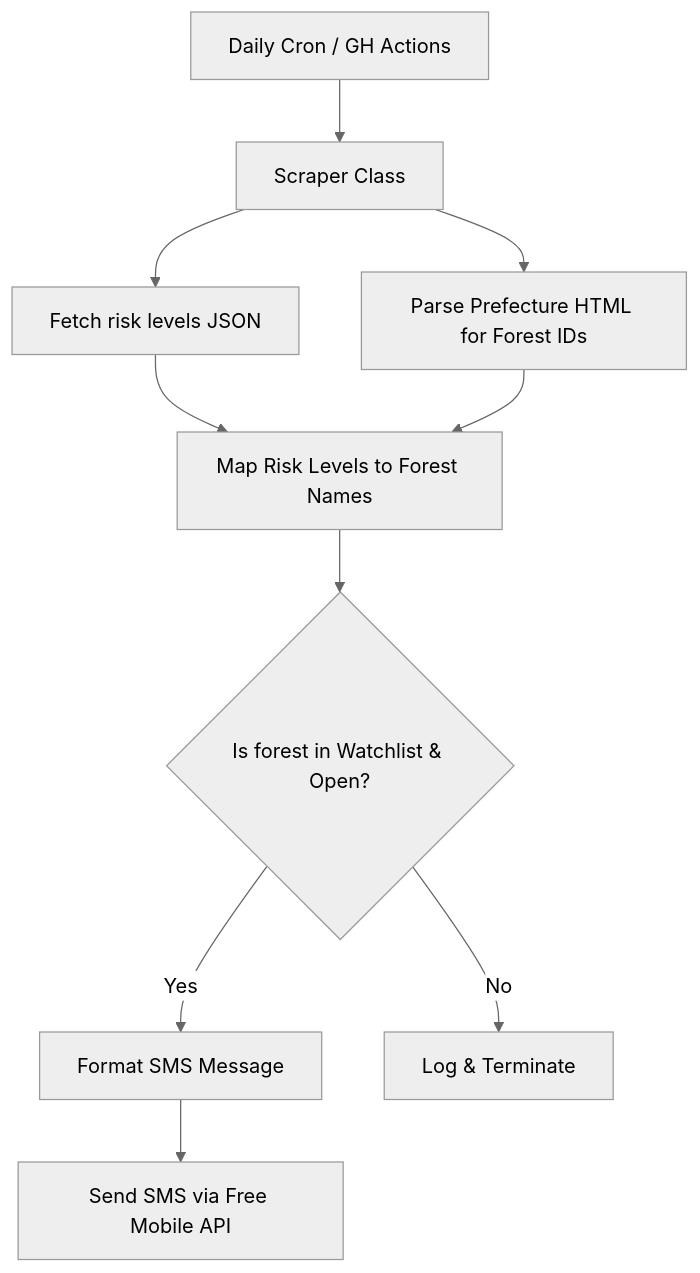
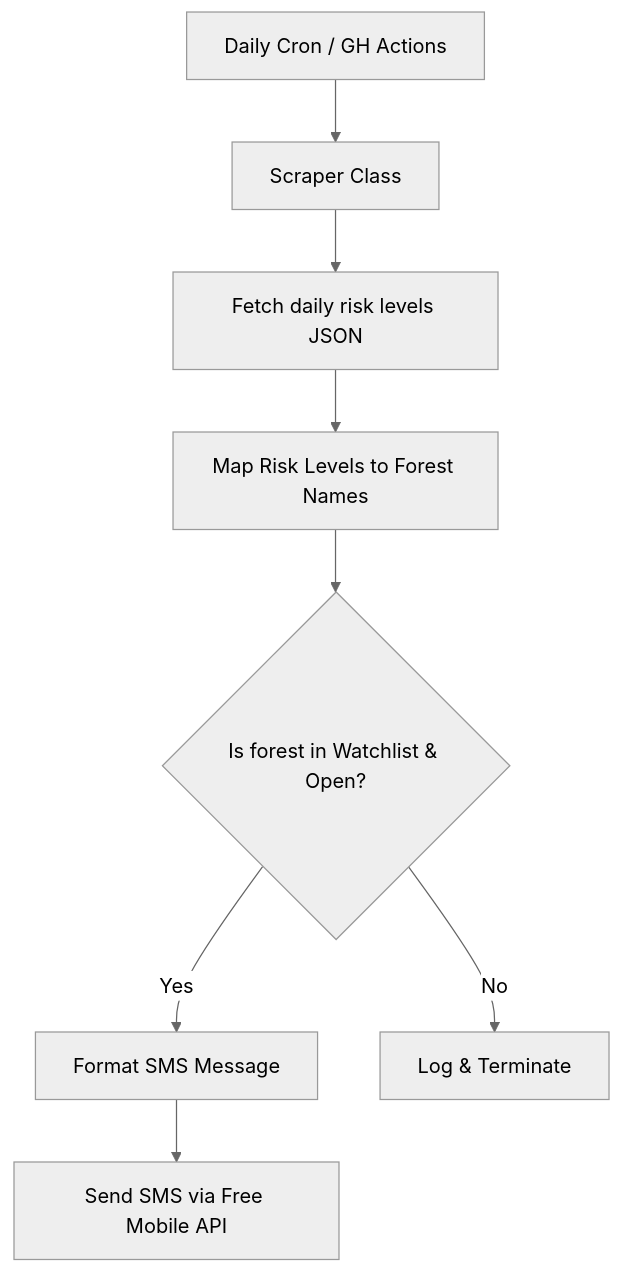
One commit to nakmuaycoder/nakmuaycoder-r-d-lab changed the diagram in posts/project-chiang-m-ai/06-where-to-run-today/index.qmd. Above: the diagram before and after it, drawn with Mermaid (neutral theme). The commit also changed other lines of this file, not shown here.

Commit message:
docs(posts): apply feedback on forest fire alert post

````diff
--- a/posts/project-chiang-m-ai/06-where-to-run-today/index.qmd
+++ b/posts/project-chiang-m-ai/06-where-to-run-today/index.qmd
@@ -27,11 +27,10 @@
 ```mermaid
 graph TD
     A[Daily Cron / GH Actions] --> B[Scraper Class]
-    B --> C[Fetch risk levels JSON]
-    B --> D[Parse Prefecture HTML for Forest IDs]
-    C & D --> E[Map Risk Levels to Forest Names]
+    B --> C[Fetch daily risk levels JSON]
+    C --> E[Map Risk Levels to Forest Names]
     E --> F{Is forest in Watchlist & Open?}
     F -- Yes --> G[Format SMS Message]
     F -- No --> H[Log & Terminate]
     G --> I[Send SMS via Free Mobile API]
 ```
````
